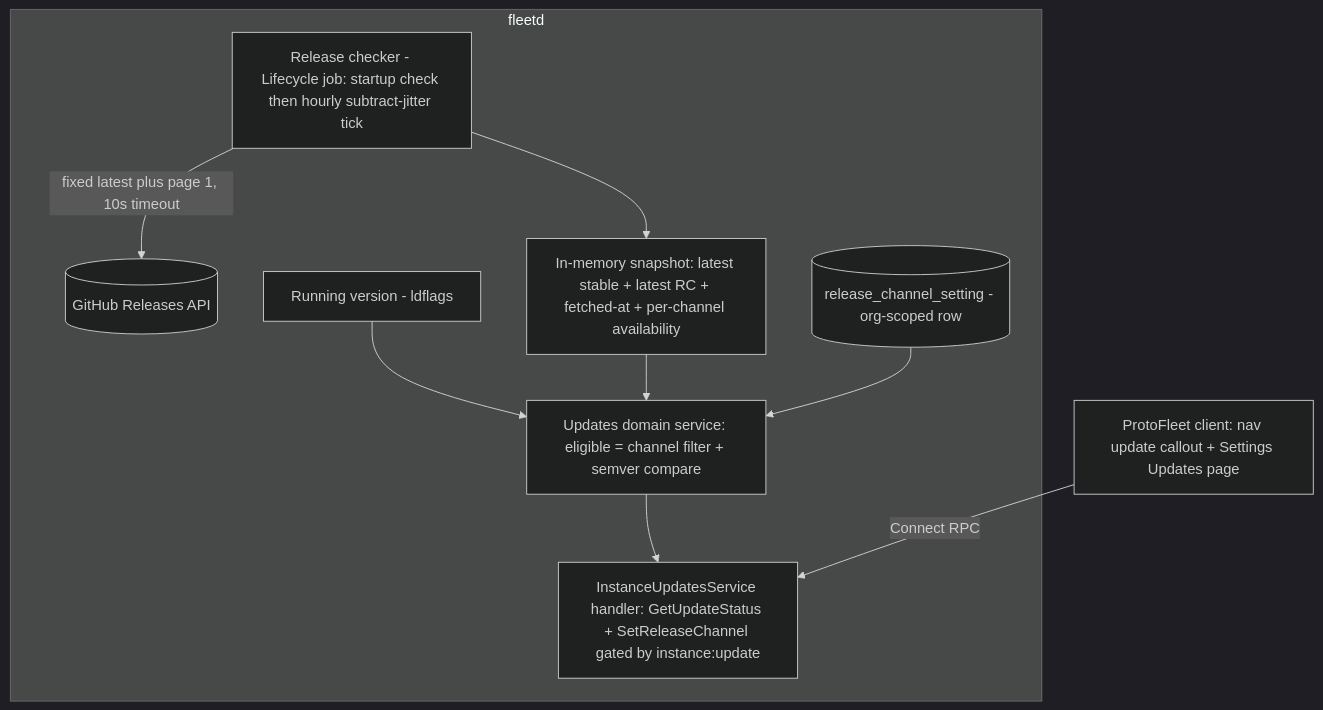
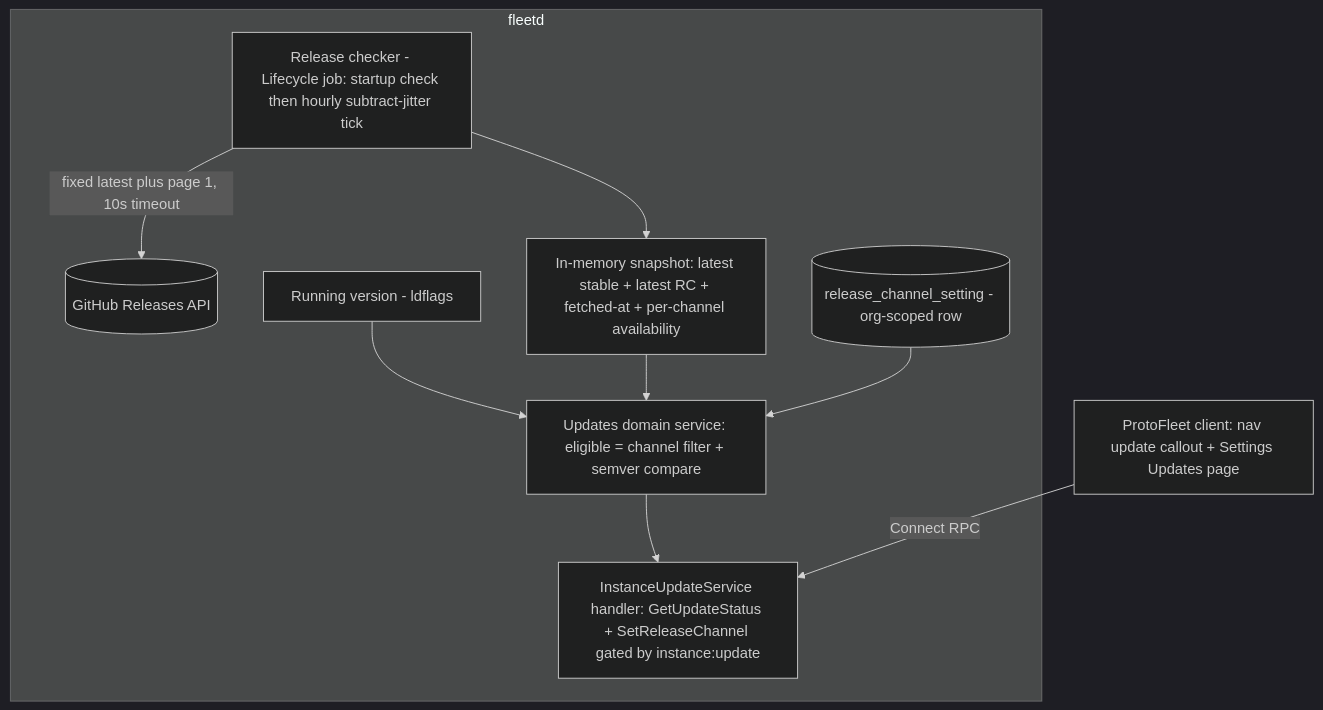
The second of 2 diagrams in docs/plans/2026-07-27-001-feat-release-update-notifications-plan.md (block/proto-fleet), drawn with Mermaid (dark theme) before and after one commit. The commit also changed other lines of this file and 18 other files, not shown here.

Commit message:
feat(updates): add update contract and release channel state

````diff
--- a/docs/plans/2026-07-27-001-feat-release-update-notifications-plan.md
+++ b/docs/plans/2026-07-27-001-feat-release-update-notifications-plan.md
@@ -183,13 +183,13 @@
 ```mermaid
 flowchart TB
   G[(GitHub Releases API)]
   subgraph fleetd
     C[Release checker - Lifecycle job: startup check then hourly subtract-jitter tick] -->|fixed latest plus page 1, 10s timeout| G
     C --> K[In-memory snapshot: latest stable + latest RC + fetched-at + per-channel availability]
     V[Running version - ldflags] --> SVC[Updates domain service: eligible = channel filter + semver compare]
     K --> SVC
     DB[(release_channel_setting - org-scoped row)] --> SVC
-    SVC --> H[InstanceUpdatesService handler: GetUpdateStatus + SetReleaseChannel gated by instance:update]
+    SVC --> H[InstanceUpdateService handler: GetUpdateStatus + SetReleaseChannel gated by instance:update]
   end
   B[ProtoFleet client: nav update callout + Settings Updates page] -->|Connect RPC| H
 ```
````
